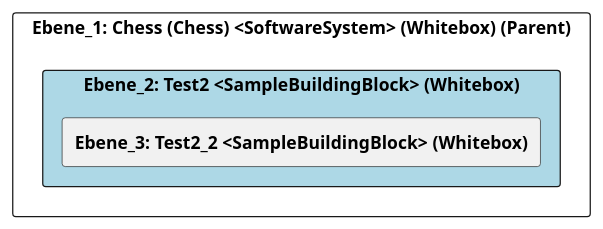
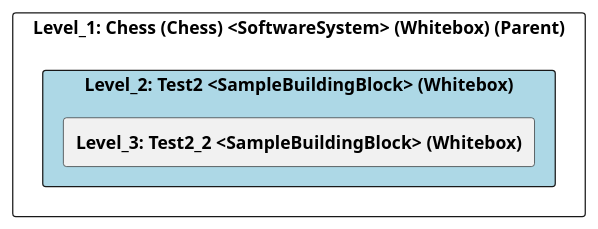
The diagram in src/cleon.architecturemethods.arc42.sample/doc/cleon_architecturemethods_arc42_sample_arc42/adoc/de/05_bausteinsicht/chess/test2/ebene_2_test2.adoc (marcozwyssig/cleon), drawn with PlantUML before and after one commit. The commit also changed other lines of this file and 169 other files, not shown here.

```diff
--- a/src/cleon.architecturemethods.arc42.sample/doc/cleon_architecturemethods_arc42_sample_arc42/adoc/de/05_bausteinsicht/chess/test2/ebene_2_test2.adoc
+++ b/src/cleon.architecturemethods.arc42.sample/doc/cleon_architecturemethods_arc42_sample_arc42/adoc/de/05_bausteinsicht/chess/test2/ebene_2_test2.adoc
@@ -24,24 +24,24 @@
-[plantuml, Ebene_2: Test2 <SampleBuildingBlock> (Whitebox)BlockOverview, format="svg"]
+[plantuml, Level_2: Test2 <SampleBuildingBlock> (Whitebox)BlockOverview, format="svg"]
 ----
-@startuml Ebene_2: Test2 <SampleBuildingBlock> (Whitebox)BuildingBlockOverview
+@startuml Level_2: Test2 <SampleBuildingBlock> (Whitebox)BuildingBlockOverview
 
 skinparam ranksep 10
 skinparam componentStyle rectangle
 skinparam shadowing false
 skinparam arrowColor lightblue
 skinparam arrowThickness 1.2
 skinparam rectangle {
   BackgroundColor White
   BorderColor #333
   RoundCorner 10
 }
 top to bottom direction
 
-component "Ebene_1: Chess (Chess) <SoftwareSystem> (Whitebox) (Parent)" {
-    component "Ebene_2: Test2 <SampleBuildingBlock> (Whitebox)" #lightblue {
-        [**Ebene_3: Test2_2 <SampleBuildingBlock> (Whitebox)**] as 489CD283_D579_11EE_903E_9F564E4DE07E
+component "Level_1: Chess (Chess) <SoftwareSystem> (Whitebox) (Parent)" {
+    component "Level_2: Test2 <SampleBuildingBlock> (Whitebox)" #lightblue {
+        [**Level_3: Test2_2 <SampleBuildingBlock> (Whitebox)**] as 489CD283_D579_11EE_903E_9F564E4DE07E
     }
 }
 
 @enduml
 ----
```
